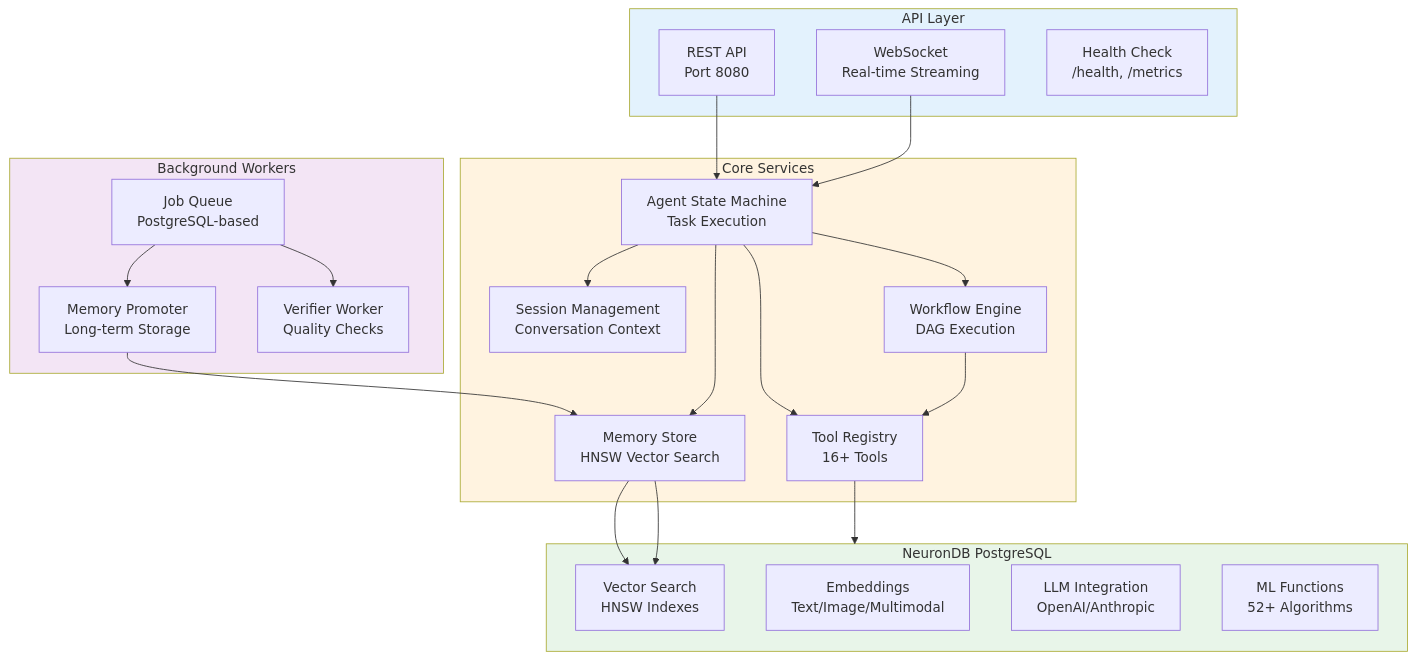
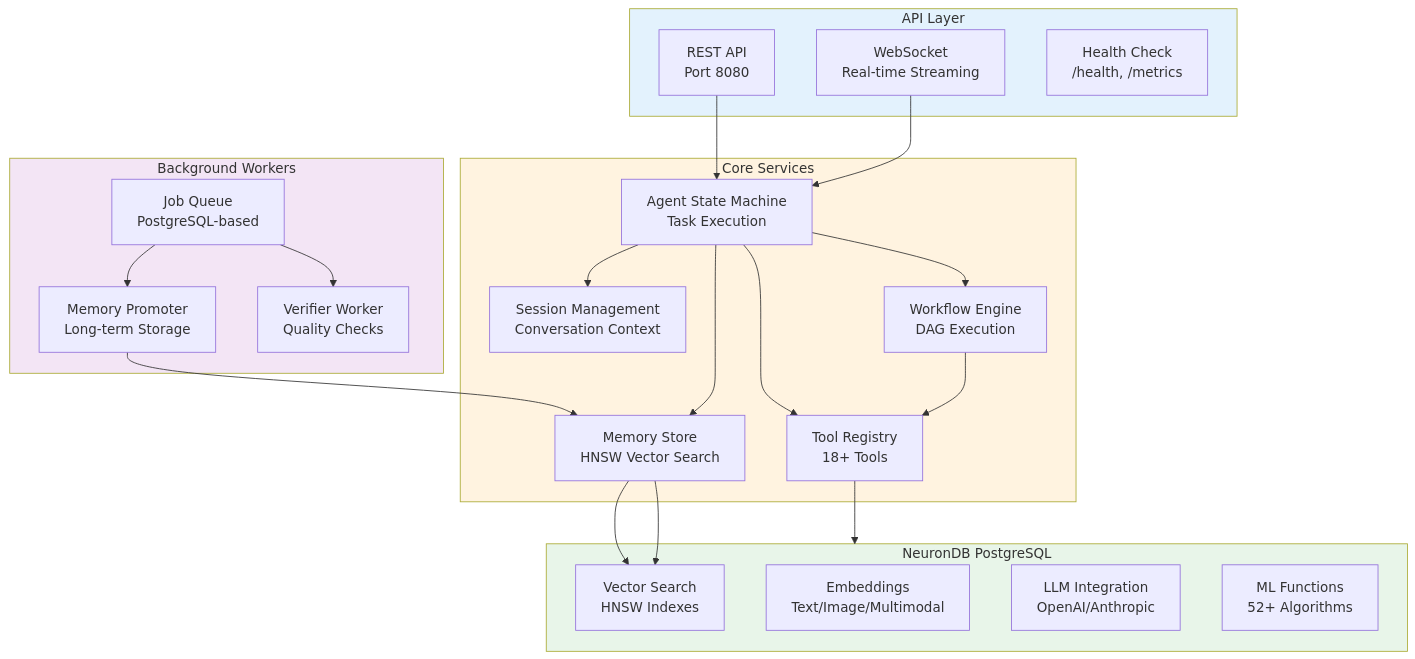
One commit to neurondb/neurondb changed the first of 4 diagrams in NeuronAgent/README.md. Above: the diagram before and after it, drawn with Mermaid. The commit also changed other lines of this file and 18 other files, not shown here.

````diff
--- a/NeuronAgent/README.md
+++ b/NeuronAgent/README.md
@@ -124,48 +124,48 @@
 ```mermaid
 graph TB
     subgraph API["API Layer"]
         REST[REST API<br/>Port 8080]
         WS[WebSocket<br/>Real-time Streaming]
         HEALTH[Health Check<br/>/health, /metrics]
     end
     
     subgraph CORE["Core Services"]
         STATE[Agent State Machine<br/>Task Execution]
         SESSION[Session Management<br/>Conversation Context]
         MEMORY[Memory Store<br/>HNSW Vector Search]
-        TOOLS[Tool Registry<br/>16+ Tools]
+        TOOLS[Tool Registry<br/>18+ Tools]
         WORKFLOW[Workflow Engine<br/>DAG Execution]
     end
     
     subgraph WORKERS["Background Workers"]
         JOBQ[Job Queue<br/>PostgreSQL-based]
         PROMOTER[Memory Promoter<br/>Long-term Storage]
         VERIFIER[Verifier Worker<br/>Quality Checks]
     end
     
     subgraph DB["NeuronDB PostgreSQL"]
         VECTOR[Vector Search<br/>HNSW Indexes]
         EMBED[Embeddings<br/>Text/Image/Multimodal]
         LLM[LLM Integration<br/>OpenAI/Anthropic]
         ML[ML Functions<br/>52+ Algorithms]
     end
     
     REST --> STATE
     WS --> STATE
     STATE --> SESSION
     STATE --> MEMORY
     STATE --> TOOLS
     STATE --> WORKFLOW
     MEMORY --> VECTOR
     TOOLS --> DB
     WORKFLOW --> TOOLS
     JOBQ --> PROMOTER
     JOBQ --> VERIFIER
     PROMOTER --> MEMORY
     MEMORY --> VECTOR
     
     style API fill:#e3f2fd
     style CORE fill:#fff3e0
     style WORKERS fill:#f3e5f5
     style DB fill:#e8f5e9
 ```
````
